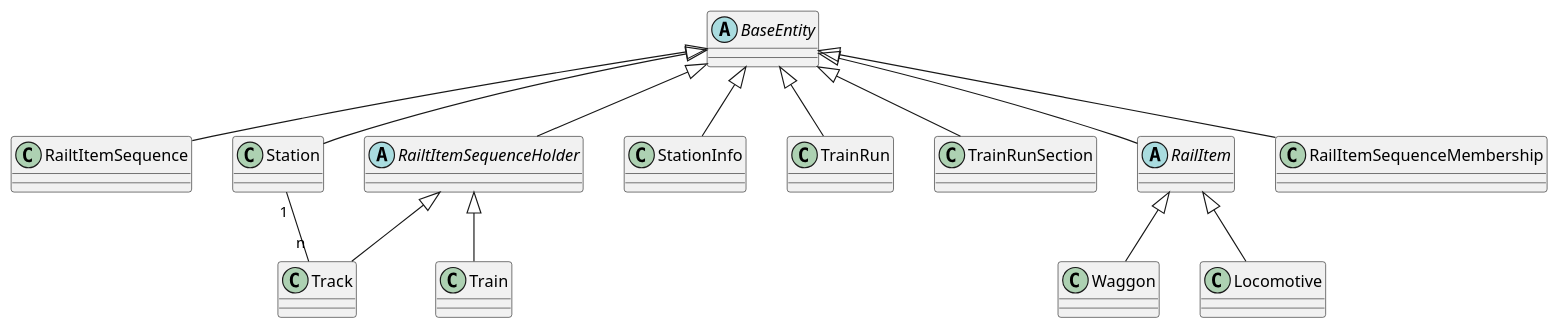
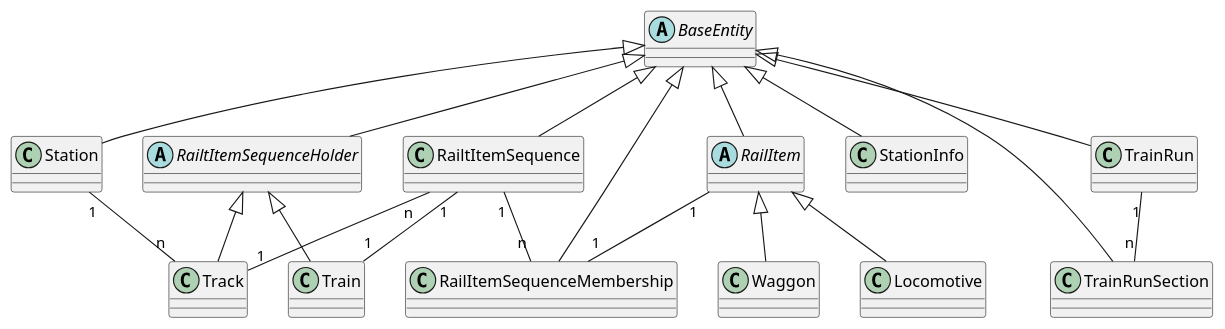
Before and after one commit to gheddie/TrainMasterServer: the diagram in src/main/resources/classes.puml, drawn with PlantUML. The commit also changed 14 other files, not shown here.

```diff
--- a/src/main/resources/classes.puml
+++ b/src/main/resources/classes.puml
@@ -1,22 +1,29 @@
 @startuml
 
 abstract class BaseEntity
 
 class RailtItemSequence extends BaseEntity
 abstract class RailtItemSequenceHolder extends BaseEntity
 class Station extends BaseEntity
 class StationInfo extends BaseEntity
 class Track extends RailtItemSequenceHolder
 class Train extends RailtItemSequenceHolder
 class TrainRun extends BaseEntity
 class TrainRunSection extends BaseEntity
 class Waggon extends RailItem
 class Locomotive extends RailItem
 abstract class RailItem extends BaseEntity
 class RailItemSequenceMembership extends BaseEntity
 
 '---
 
 Station "1" -- "n" Track
+TrainRun "1" -- "n" TrainRunSection
+
+RailtItemSequence "n" -- "1" Track
+RailtItemSequence "1" -- "1" Train
+
+RailtItemSequence "1" -- "n" RailItemSequenceMembership
+RailItem "1" -- "1" RailItemSequenceMembership
 
 @enduml
```
